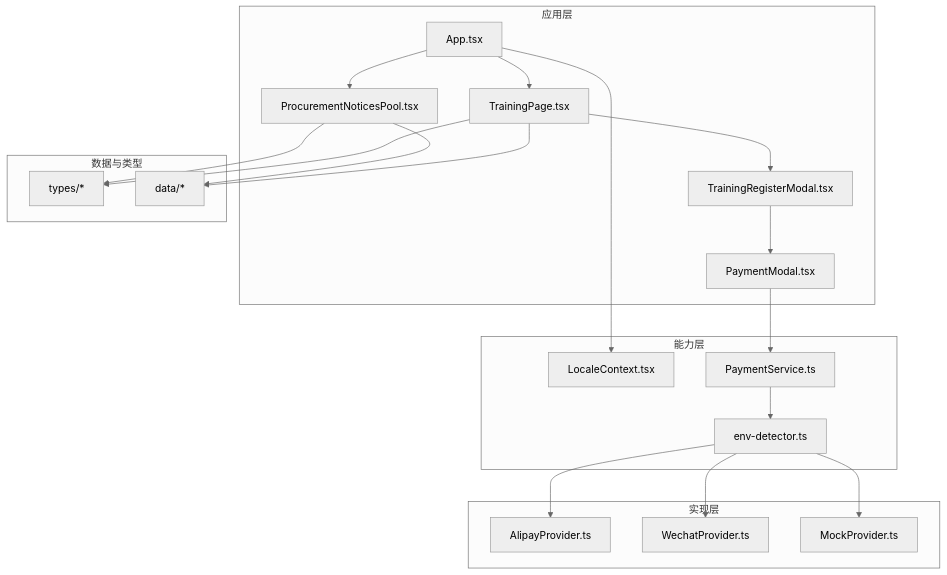
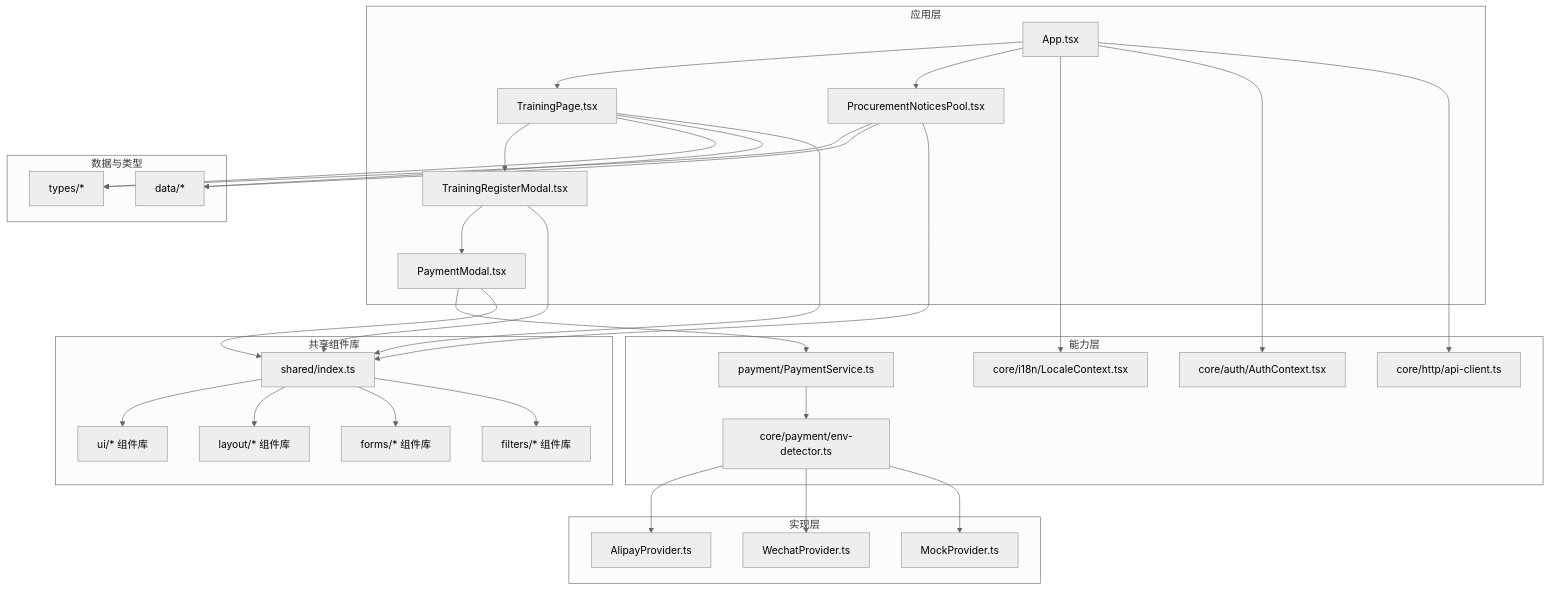
Before and after one commit to Hu-Right/supply-os: the third of 9 diagrams in .qoder/repowiki/zh/content/架构设计/架构设计.md, drawn with Mermaid (neutral theme). The commit also changed other lines of this file and 9 other files, not shown here.

````diff
--- a/.qoder/repowiki/zh/content/架构设计/架构设计.md
+++ b/.qoder/repowiki/zh/content/架构设计/架构设计.md
@@ -140,38 +320,57 @@
 ```mermaid
 graph TB
 subgraph "应用层"
 APP["App.tsx"]
 TRAIN["TrainingPage.tsx"]
 NOTICE["ProcurementNoticesPool.tsx"]
 MODAL_REG["TrainingRegisterModal.tsx"]
 MODAL_PAY["PaymentModal.tsx"]
 end
+subgraph "共享组件库"
+SHARED_INDEX["shared/index.ts"]
+UI_LIB["ui/* 组件库"]
+LAYOUT_LIB["layout/* 组件库"]
+FORMS_LIB["forms/* 组件库"]
+FILTERS_LIB["filters/* 组件库"]
+end
 subgraph "能力层"
-LOCALE["LocaleContext.tsx"]
-PAY_SVC["PaymentService.ts"]
-ENV_DET["env-detector.ts"]
+LOCALE["core/i18n/LocaleContext.tsx"]
+PAY_SVC["payment/PaymentService.ts"]
+ENV_DET["core/payment/env-detector.ts"]
+AUTH_CTX["core/auth/AuthContext.tsx"]
+HTTP_CLIENT["core/http/api-client.ts"]
 end
 subgraph "实现层"
 ALI["AlipayProvider.ts"]
 WX["WechatProvider.ts"]
 MOCK["MockProvider.ts"]
 end
 subgraph "数据与类型"
 TYPES["types/*"]
 DATA["data/*"]
 end
 APP --> TRAIN
 APP --> NOTICE
 TRAIN --> MODAL_REG
 MODAL_REG --> MODAL_PAY
 MODAL_PAY --> PAY_SVC
 PAY_SVC --> ENV_DET
 ENV_DET --> ALI
 ENV_DET --> WX
 ENV_DET --> MOCK
 APP --> LOCALE
+APP --> AUTH_CTX
+APP --> HTTP_CLIENT
 TRAIN --> TYPES
 NOTICE --> TYPES
 TRAIN --> DATA
 NOTICE --> DATA
+TRAIN --> SHARED_INDEX
+NOTICE --> SHARED_INDEX
+MODAL_REG --> SHARED_INDEX
+MODAL_PAY --> SHARED_INDEX
+SHARED_INDEX --> UI_LIB
+SHARED_INDEX --> LAYOUT_LIB
+SHARED_INDEX --> FORMS_LIB
+SHARED_INDEX --> FILTERS_LIB
 ```
````
